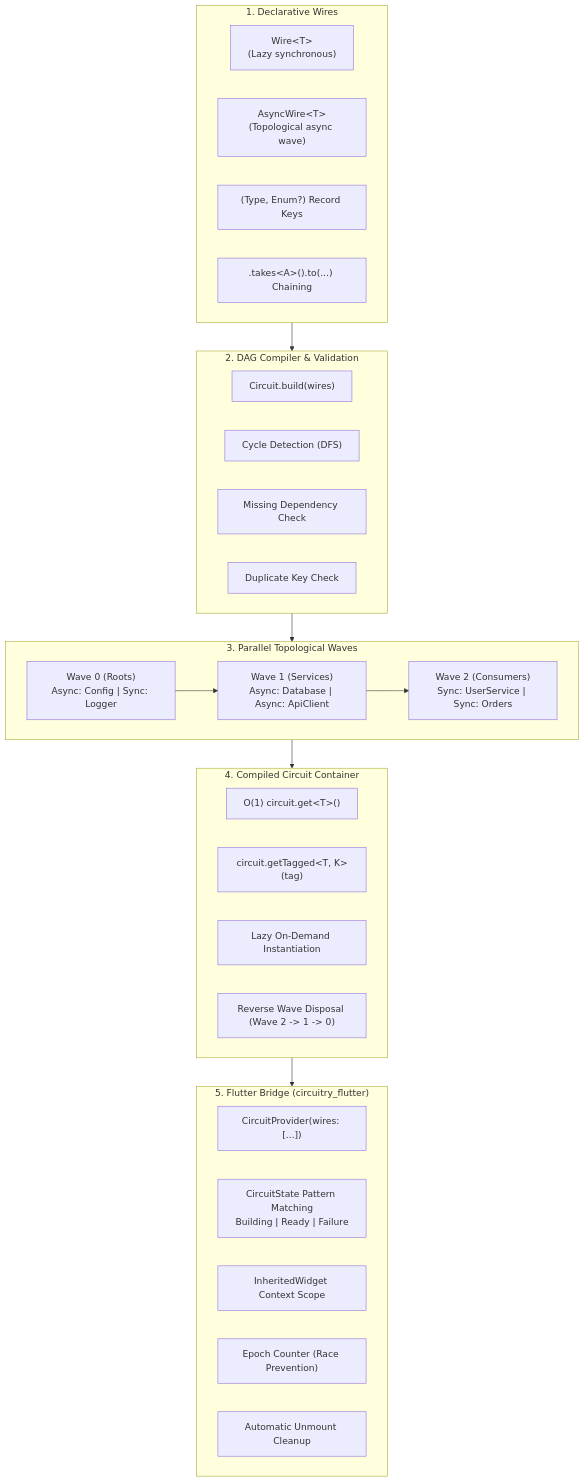
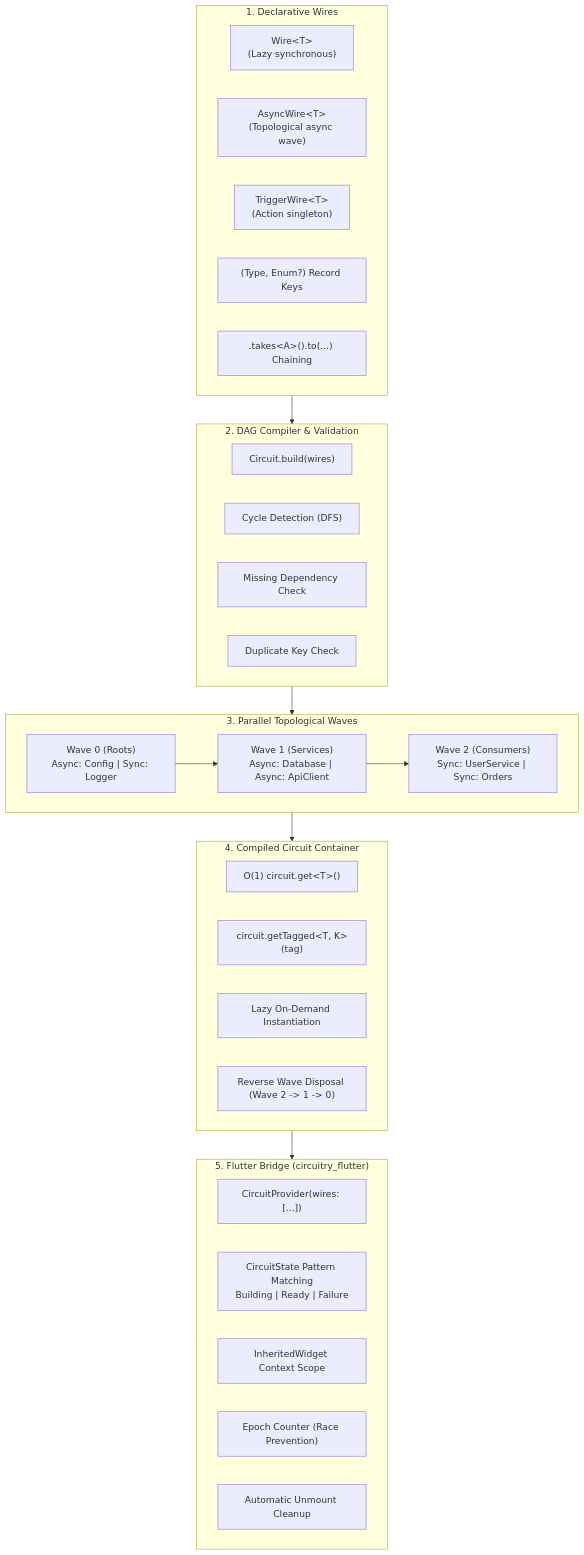
The first of 2 diagrams in docs/architecture.md (maranix/circuitry), drawn with Mermaid before and after one commit. The commit also changed other lines of this file and 9 other files, not shown here.

Commit message:
feat(circuitry): add TriggerWire and CircuitAction blueprint

````diff
--- a/docs/architecture.md
+++ b/docs/architecture.md
@@ -62,43 +62,44 @@
 ```mermaid
 flowchart TD
   subgraph Declaration["1. Declarative Wires"]
     W1["Wire&lt;T&gt;<br/>(Lazy synchronous)"]
     W2["AsyncWire&lt;T&gt;<br/>(Topological async wave)"]
+    W3["TriggerWire&lt;T&gt;<br/>(Action singleton)"]
     K["(Type, Enum?) Record Keys"]
     TC[".takes&lt;A&gt;().to(...) Chaining"]
   end
 
   subgraph Compilation["2. DAG Compiler &amp; Validation"]
     CB["Circuit.build(wires)"]
     CD["Cycle Detection (DFS)"]
     MD["Missing Dependency Check"]
     DD["Duplicate Key Check"]
   end
 
   subgraph Waves["3. Parallel Topological Waves"]
     Wave0["Wave 0 (Roots)<br/>Async: Config | Sync: Logger"]
     Wave1["Wave 1 (Services)<br/>Async: Database | Async: ApiClient"]
     Wave2["Wave 2 (Consumers)<br/>Sync: UserService | Sync: Orders"]
     Wave0 --> Wave1 --> Wave2
   end
 
   subgraph Container["4. Compiled Circuit Container"]
     CR["O(1) circuit.get&lt;T&gt;()"]
     TR["circuit.getTagged&lt;T, K&gt;(tag)"]
     LE["Lazy On-Demand Instantiation"]
     DISP["Reverse Wave Disposal (Wave 2 -&gt; 1 -&gt; 0)"]
   end
 
   subgraph Flutter["5. Flutter Bridge (circuitry_flutter)"]
     CP["CircuitProvider(wires: [...])"]
     CS["CircuitState Pattern Matching<br/>Building | Ready | Failure"]
     IS["InheritedWidget Context Scope"]
     EP["Epoch Counter (Race Prevention)"]
     UM["Automatic Unmount Cleanup"]
   end
 
   Declaration --> Compilation
   Compilation --> Waves
   Waves --> Container
   Container --> Flutter
 ```
````
